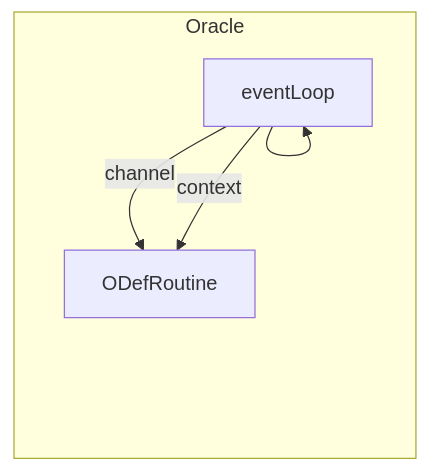
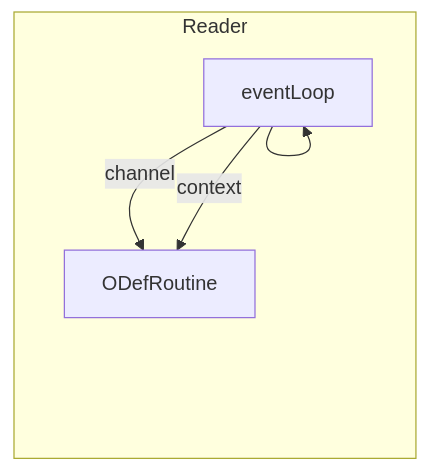
Before and after one commit to base-org/pessimism: the third of 5 diagrams in docs/architecture/etl.markdown, drawn with Mermaid. The commit also changed other lines of this file and 146 other files, not shown here.

```diff
--- a/docs/architecture/etl.markdown
+++ b/docs/architecture/etl.markdown
@@ -111,8 +109,8 @@
 <div class="mermaid">
 graph LR;
-    subgraph A[Oracle]
+    subgraph A[Reader]
         B[eventLoop]-->|channel|ODefRoutine;
          B[eventLoop]-->|context|ODefRoutine;
         B-->B;
     end
 </div>
```
